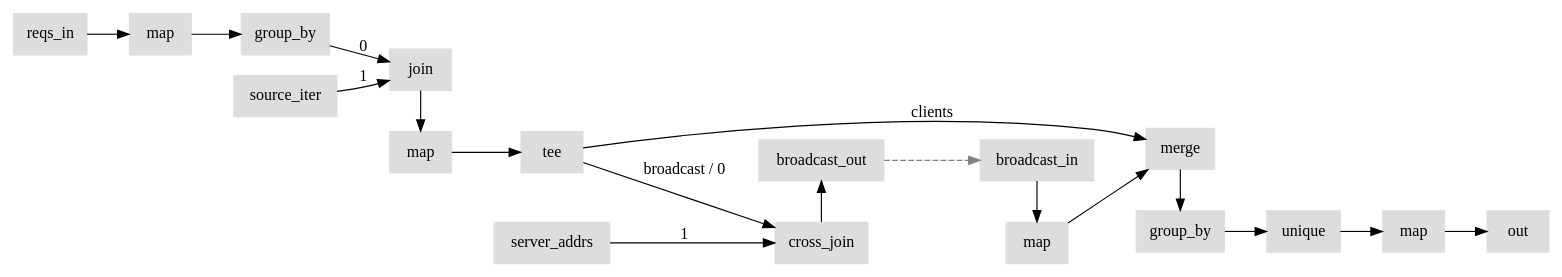
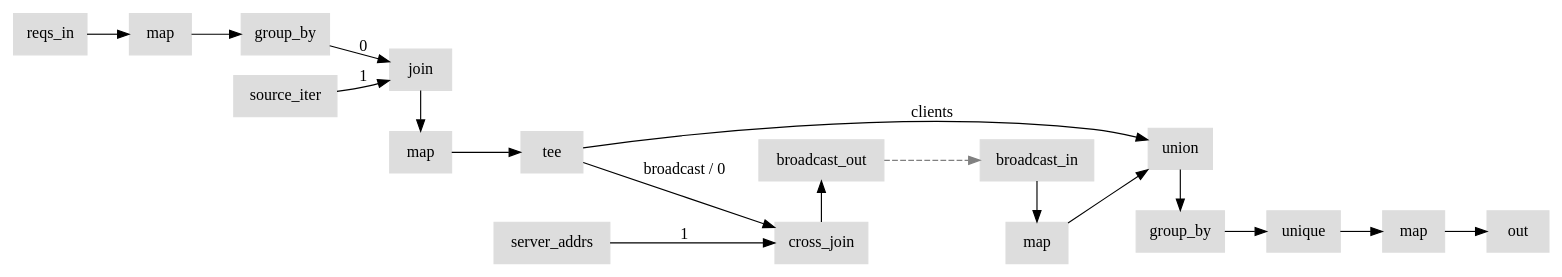
The diagram in hydroflow/examples/shopping/misc/replicated2.dot (nickjiang2378/hydroflow), drawn with Graphviz before and after one commit. The commit also changed 100 other files, not shown here.

Commit message:
rename: merge() to union() (#697)

```diff
--- a/hydroflow/examples/shopping/misc/replicated2.dot
+++ b/hydroflow/examples/shopping/misc/replicated2.dot
@@ -1,126 +1,126 @@
 digraph {
     // subgraph "cluster n1v1" {
     // fillcolor="#dddddd"
     // style=fille
     // label = "sg_1v1\nstratum 0"
     rankdir = LR;
     
     // n1v1 [label="(n1v1) source_iter(shopping_ssiv)", fontname=Monaco, shape=box, style = filled, color = "#dddddd", fontcolor = "#000000"]
     // n2v1 [label="(n2v1) map(|pair| (pair, remote_addr))", fontname=Monaco, shape=box, style = filled, color = "#dddddd", fontcolor = "#000000"]
     // n3v1 [label="(n3v1) dest_sink_serde(reqs_out)", fontname=Monaco, shape=box, style = filled, color = "#dddddd"]
     // n1v1 -> n2v1
     // n2v1 -> n3v1
     // }
     // subgraph "cluster n2v1" {
     //     fillcolor="#dddddd"
     //     style=filled
     //     label = "sg_2v1\nstratum 0"
     n4v1 [label = "reqs_in";fontname = Monaco;shape = box;style = filled;color = "#dddddd";fontcolor = "#000000";];
     // n5v1 [label="map", fontname=Monaco, shape=box, style = filled, color = "#dddddd", fontcolor = "#000000"]
     n6v1 [label = "map";fontname = Monaco;shape = box;style = filled;color = "#dddddd";fontcolor = "#000000";];
     n4v1 -> n6v1;
     // n5v1 -> n6v1
     // }
     // subgraph "cluster n3v1" {
     //     fillcolor="#dddddd"
     //     style=filled
     //     label = "sg_3v1\nstratum 1"
     n7v1 [label = "group_by";fontname = Monaco;shape = box;style = filled;color = "#dddddd";fontcolor = "#000000";];
     n8v1 [label = "source_iter";fontname = Monaco;shape = box;style = filled;color = "#dddddd";fontcolor = "#000000";];
     subgraph {
         rank = same;
         n9v1 [label = "join";fontname = Monaco;shape = box;style = filled;color = "#dddddd";fontcolor = "#000000";];
         n10v1 [label = "map";fontname = Monaco;shape = box;style = filled;color = "#dddddd";fontcolor = "#000000";];
     }
     n11v1 [label = "tee";fontname = Monaco;shape = box;style = filled;color = "#dddddd";];
     n7v1 -> n9v1 [label = "0";];
     n8v1 -> n9v1 [label = "1";];
     n9v1 -> n10v1;
     n10v1 -> n11v1;
     // subgraph "cluster sg_3v1_var_lookup_class" {
     // label="var lookup_class"
     n9v1;
     n10v1;
     n11v1;
     // }
     // }
     // subgraph "cluster n4v1" {
     //     fillcolor="#dddddd"
     //     style=filled
     //     label = "sg_4v1\nstratum 1"
     n12v1 [label = "server_addrs";fontname = Monaco;shape = box;style = filled;color = "#dddddd";fontcolor = "#000000";];
     subgraph {
         rank = same;
         n13v1 [label = "cross_join";fontname = Monaco;shape = box;style = filled;color = "#dddddd";fontcolor = "#000000";];
         n14v1 [label = "broadcast_out";fontname = Monaco;shape = box;style = filled;color = "#dddddd";];
     }
     n12v1 -> n13v1 [label = "1";];
     n13v1 -> n14v1;
     // subgraph "cluster sg_4v1_var_broadcast" {
     // label="var broadcast"
     n13v1;
     n14v1;
     // }
     // }
     // subgraph "cluster n5v1" {
     //     fillcolor="#dddddd"
     //     style=filled
     //     label = "sg_5v1\nstratum 1"
     // n17v1 [label="map", fontname=Monaco, shape=box, style = filled, color = "#dddddd", fontcolor = "#000000"]
     n16v1 -> n18v1;
     // n17v1 -> n18v1
     // subgraph "cluster sg_5v1_var_all_in" {
     // label="var all_in"
     n18v1;
     // }
     // }
     // subgraph "cluster n6v1" {
     //     fillcolor="#dddddd"
     //     style=filled
     //     label = "sg_6v1\nstratum 2"
     subgraph {
         rank = same;
-        n18v1 [label = "merge";fontname = Monaco;shape = box;style = filled;color = "#dddddd";fontcolor = "#000000";];
+        n18v1 [label = "union";fontname = Monaco;shape = box;style = filled;color = "#dddddd";fontcolor = "#000000";];
         n19v1 [label = "group_by";fontname = Monaco;shape = box;style = filled;color = "#dddddd";fontcolor = "#000000";];
     }
     n20v1 [label = "unique";fontname = Monaco;shape = box;style = filled;color = "#dddddd";fontcolor = "#000000";];
     n21v1 [label = "map";fontname = Monaco;shape = box;style = filled;color = "#dddddd";fontcolor = "#000000";];
     n22v1 [label = "out";fontname = Monaco;shape = box;style = filled;color = "#dddddd";];
     n19v1 -> n20v1;
     n20v1 -> n21v1;
     n21v1 -> n22v1;
     // subgraph "cluster sg_6v1_var_all_in" {
     // label="var all_in"
     n19v1;
     n20v1;
     n21v1;
     n22v1;
     // }
     // }
     // subgraph "cluster n7v1" {
     //     fillcolor="#dddddd"
     //     style=filled
     //     label = "sg_7v1\nstratum 0"
     subgraph {
         rank = same;
         n15v1 [label = "broadcast_in";fontname = Monaco;shape = box;style = filled;color = "#dddddd";fontcolor = "#000000";];
         n16v1 [label = "map";fontname = Monaco;shape = box;style = filled;color = "#dddddd";fontcolor = "#000000";];
     }
     // }
     n6v1 -> n7v1;
     n11v1 -> n18v1 [label = "clients";];
     n11v1 -> n13v1 [label = "broadcast / 0";];
     n15v1 -> n16v1;
     n18v1 -> n19v1;
     n14v1 -> n15v1 [style = dashed; color = gray;];
     // n23v1 [label="(n23v1) handoff", fontname=Monaco, shape=parallelogram, style = filled, color = "#ddddff"]
     // n23v1 -> n7v1 [arrowhead=box, color=red]
     // n24v1 [label="(n24v1) handoff", fontname=Monaco, shape=parallelogram, style = filled, color = "#ddddff"]
     // n24v1 -> n18v1
     // n25v1 [label="(n25v1) handoff", fontname=Monaco, shape=parallelogram, style = filled, color = "#ddddff"]
     // n25v1 -> n13v1 [label="0"]
     // n26v1 [label="(n26v1) handoff", fontname=Monaco, shape=parallelogram, style = filled, color = "#ddddff"]
     // n26v1 -> n19v1 [arrowhead=box, color=red]
     // n27v1 [label="(n27v1) handoff", fontname=Monaco, shape=parallelogram, style = filled, color = "#ddddff"]
     // n27v1 -> n16v1
 }
```
